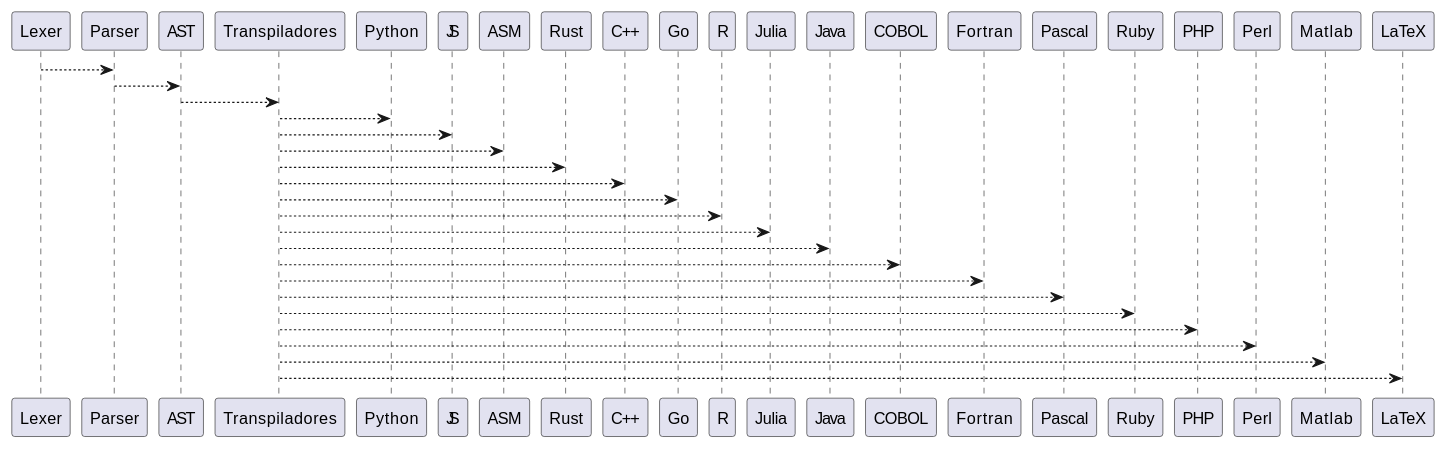
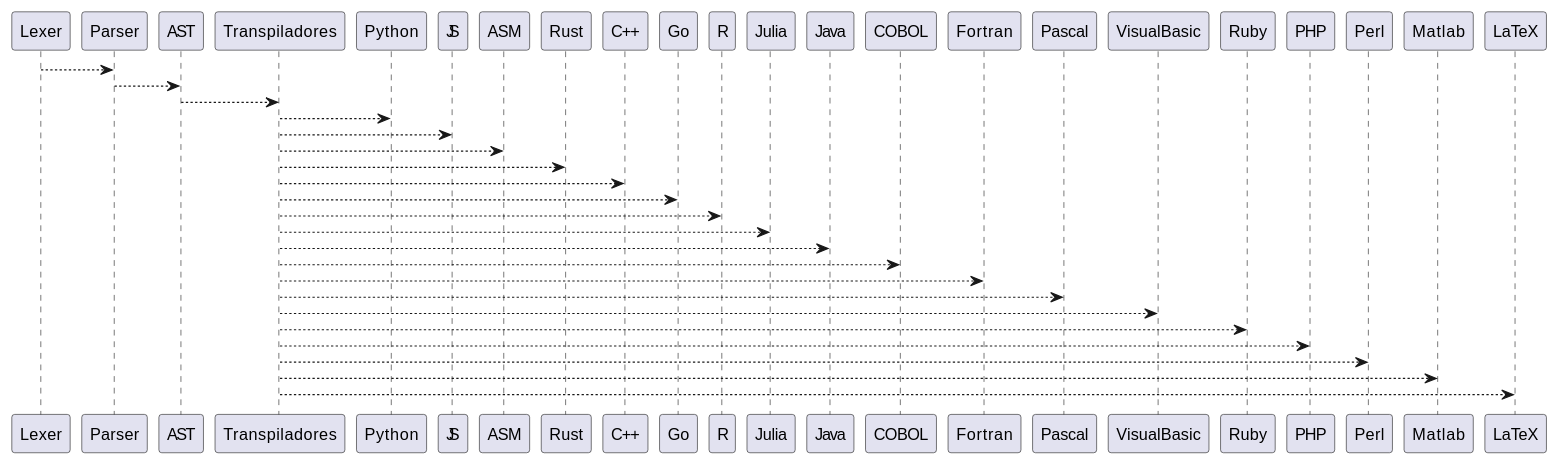
The second of 2 diagrams in docs/estructura_ast.md (Alphonsus411/pCobra), drawn with PlantUML before and after one commit. The commit also changed 9 other files, not shown here.

Commit message:
Add Visual Basic transpiler

````diff
--- a/docs/estructura_ast.md
+++ b/docs/estructura_ast.md
@@ -57,24 +57,25 @@
 ```{uml}
 @startuml
 Lexer --> Parser
 Parser --> AST
 AST --> Transpiladores
 Transpiladores --> Python
 Transpiladores --> JS
 Transpiladores --> ASM
 Transpiladores --> Rust
 Transpiladores --> "C++"
 Transpiladores --> Go
 Transpiladores --> R
 Transpiladores --> Julia
 Transpiladores --> Java
 Transpiladores --> COBOL
 Transpiladores --> Fortran
 Transpiladores --> Pascal
+Transpiladores --> VisualBasic
 Transpiladores --> Ruby
 Transpiladores --> PHP
 Transpiladores --> Perl
 Transpiladores --> Matlab
 Transpiladores --> LaTeX
 @enduml
 ```
````
